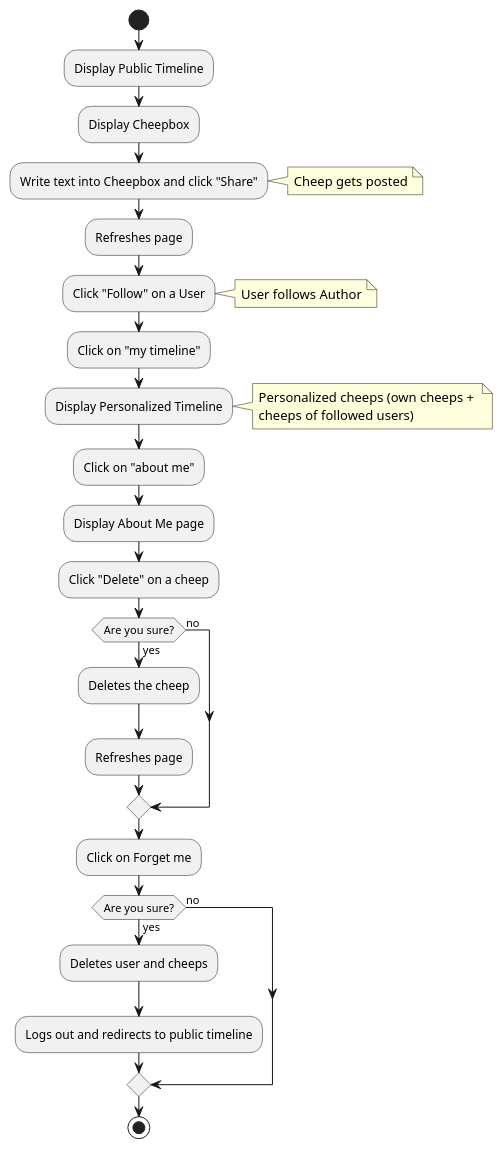
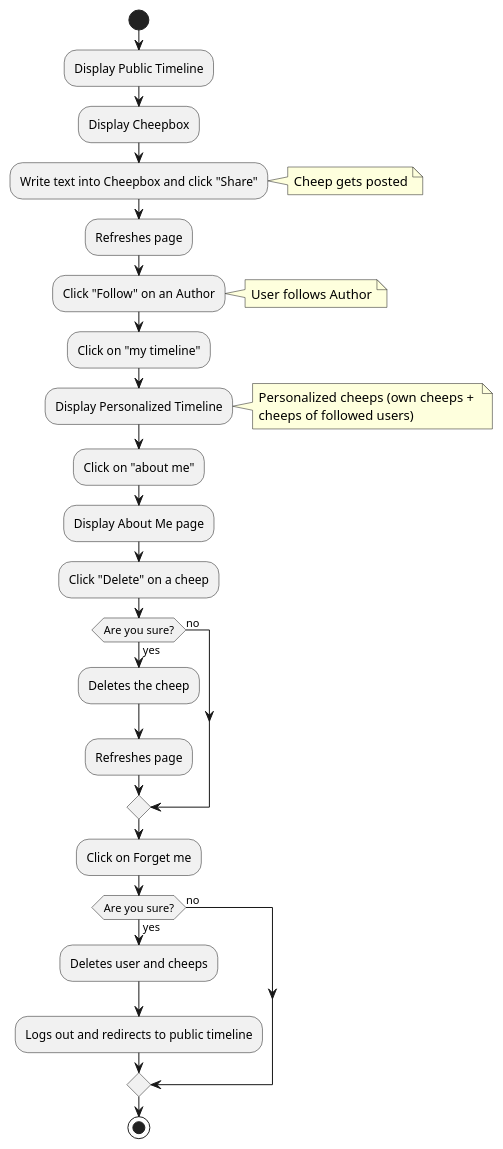
One commit to ITU-BDSA23-GROUP15/Chirp changed the diagram in docs/figures/user_activity_authenticated.puml. Above: the diagram before and after it, drawn with PlantUML. The commit also changed 4 other files, not shown here.

```diff
--- a/docs/figures/user_activity_authenticated.puml
+++ b/docs/figures/user_activity_authenticated.puml
@@ -1,35 +1,35 @@
 @startuml user_activity_authenticated
 start
 :Display Public Timeline;
 :Display Cheepbox;
 :Write text into Cheepbox and click "Share"; 
 note right
     Cheep gets posted
 end note
 :Refreshes page;
-:Click "Follow" on a User;
+:Click "Follow" on an Author;
 note right
     User follows Author
 end note
 :Click on "my timeline";
 :Display Personalized Timeline;
 note right
     Personalized cheeps (own cheeps + 
     cheeps of followed users)
 end note
 :Click on "about me";
 :Display About Me page;
 :Click "Delete" on a cheep;
 if (Are you sure?) then (yes)
     :Deletes the cheep;
     :Refreshes page;
 else (no)
 endif
 :Click on Forget me;
 if (Are you sure?) then (yes)
     :Deletes user and cheeps;
     :Logs out and redirects to public timeline;
 else (no)
 endif
 stop
 @enduml
```
